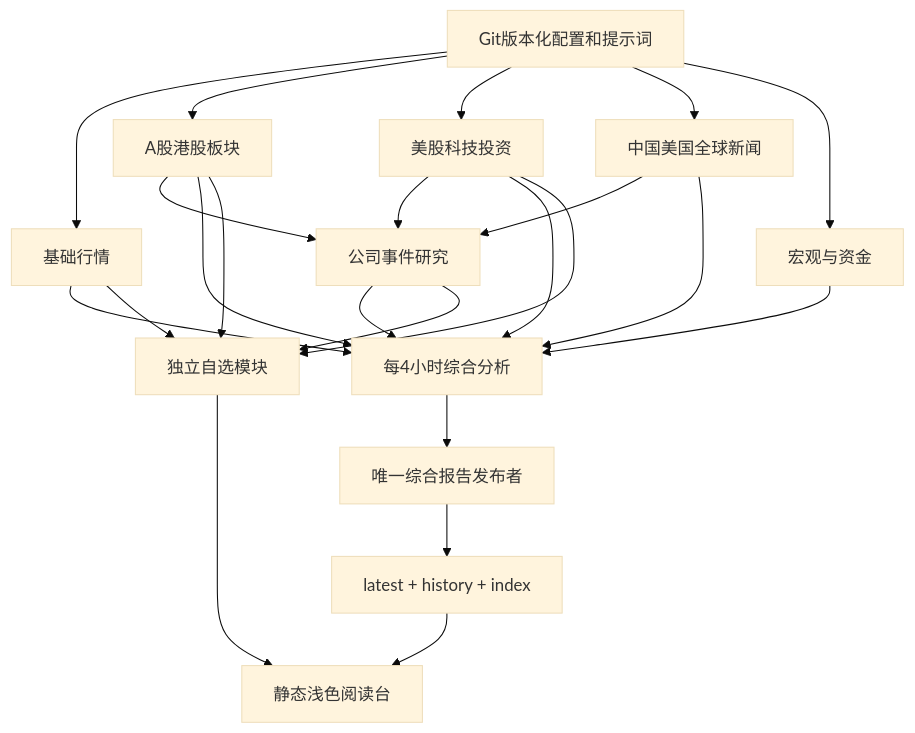
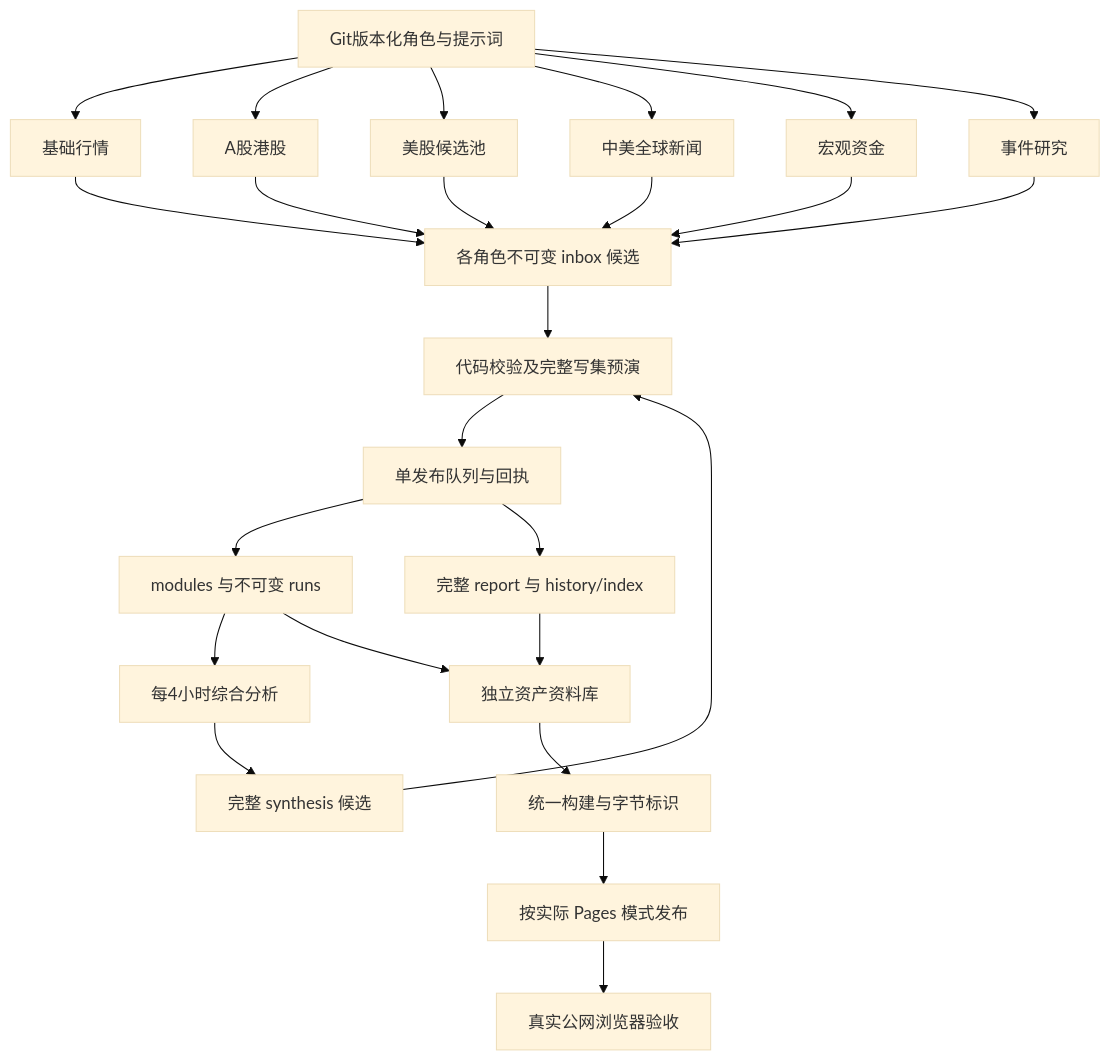
Before and after one commit to StupidYang/gobal-daily-report: the diagram in docs/ARCHITECTURE.md, drawn with Mermaid (base theme). The commit also changed other lines of this file, not shown here.

Commit message:
docs: align architecture with executable candidate gate, actual Pages mode, and seven-role acceptance

````diff
--- a/docs/ARCHITECTURE.md
+++ b/docs/ARCHITECTURE.md
@@ -9,25 +9,27 @@
 ```mermaid
 flowchart TD
-  CFG[Git版本化配置和提示词] --> Q[基础行情]
-  CFG --> A[A股港股板块]
-  CFG --> U[美股科技投资]
-  CFG --> N[中国美国全球新闻]
-  CFG --> M[宏观与资金]
-  A --> R[公司事件研究]
-  U --> R
-  N --> R
-  Q --> S[每4小时综合分析]
-  A --> S
-  U --> S
-  N --> S
-  M --> S
-  R --> S
-  S --> P[唯一综合报告发布者]
-  P --> H[latest + history + index]
-  Q --> W[独立自选模块]
-  A --> W
-  U --> W
-  R --> W
-  H --> UI[静态浅色阅读台]
-  W --> UI
+  CFG[Git版本化角色与提示词] --> Q[基础行情]
+  CFG --> A[A股港股]
+  CFG --> U[美股候选池]
+  CFG --> N[中美全球新闻]
+  CFG --> M[宏观资金]
+  CFG --> R[事件研究]
+  Q --> I[各角色不可变 inbox 候选]
+  A --> I
+  U --> I
+  N --> I
+  M --> I
+  R --> I
+  I --> V[代码校验及完整写集预演]
+  V --> P[单发布队列与回执]
+  P --> D[modules 与不可变 runs]
+  D --> S[每4小时综合分析]
+  S --> SI[完整 synthesis 候选]
+  SI --> V
+  P --> H[完整 report 与 history/index]
+  D --> UI[独立资产资料库]
+  H --> UI
+  UI --> BUILD[统一构建与字节标识]
+  BUILD --> WEB[按实际 Pages 模式发布]
+  WEB --> TEST[真实公网浏览器验收]
 ```
````
